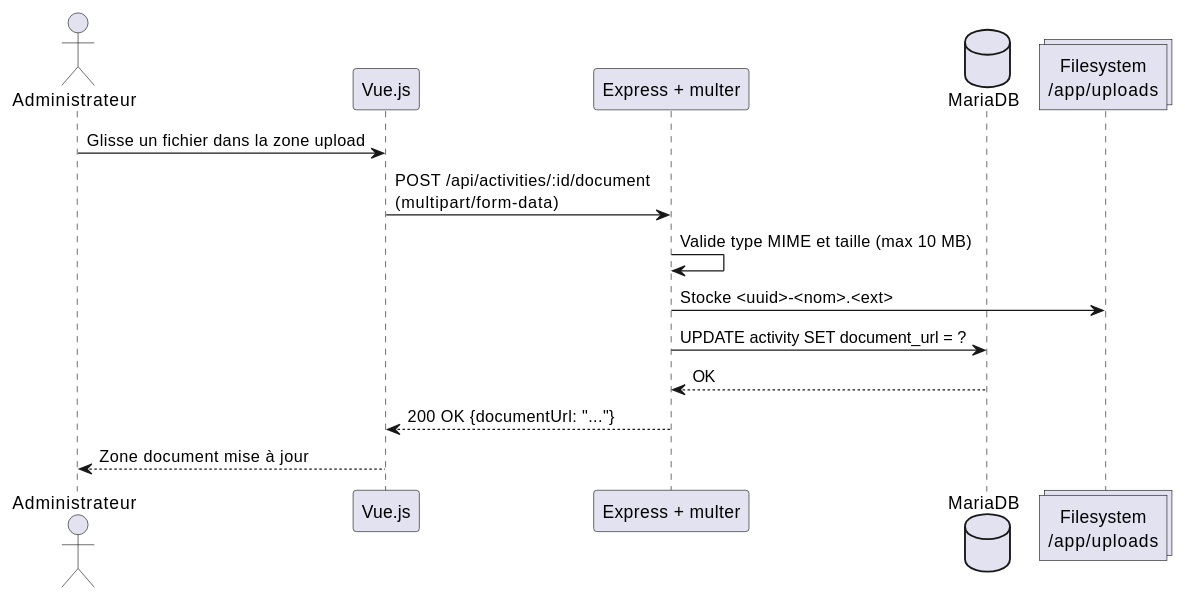
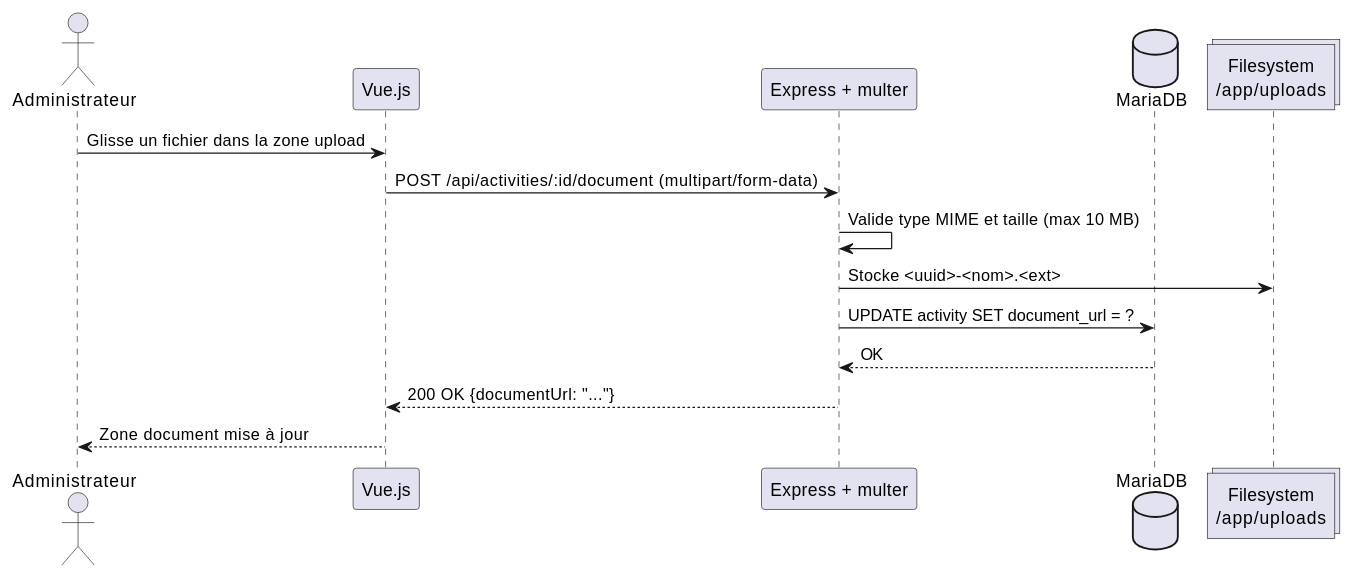
Before and after one commit to PelleLuka/internship-management-save: the second of 3 diagrams in docs/checklist-from-scratch.md, drawn with PlantUML. The commit also changed other lines of this file, not shown here.

Commit message:
docs: expand Phase 3 sequence diagrams from 3 to 14 (full CRUD stagiaires/ateliers/catégories + associations + certificat)

````diff
--- a/docs/checklist-from-scratch.md
+++ b/docs/checklist-from-scratch.md
@@ -381,18 +435,18 @@
   ```plantuml
   @startuml
   actor Administrateur
   participant "Vue.js" as Vue
   participant "Express + multer" as API
   database "MariaDB" as DB
   collections "Filesystem\n/app/uploads" as FS
 
   Administrateur -> Vue : Glisse un fichier dans la zone upload
-  Vue -> API : POST /api/activities/:id/document\n(multipart/form-data)
+  Vue -> API : POST /api/activities/:id/document (multipart/form-data)
   API -> API : Valide type MIME et taille (max 10 MB)
   API -> FS : Stocke <uuid>-<nom>.<ext>
   API -> DB : UPDATE activity SET document_url = ?
   DB --> API : OK
   API --> Vue : 200 OK {documentUrl: "..."}
   Vue --> Administrateur : Zone document mise à jour
   @enduml
   ```
````
